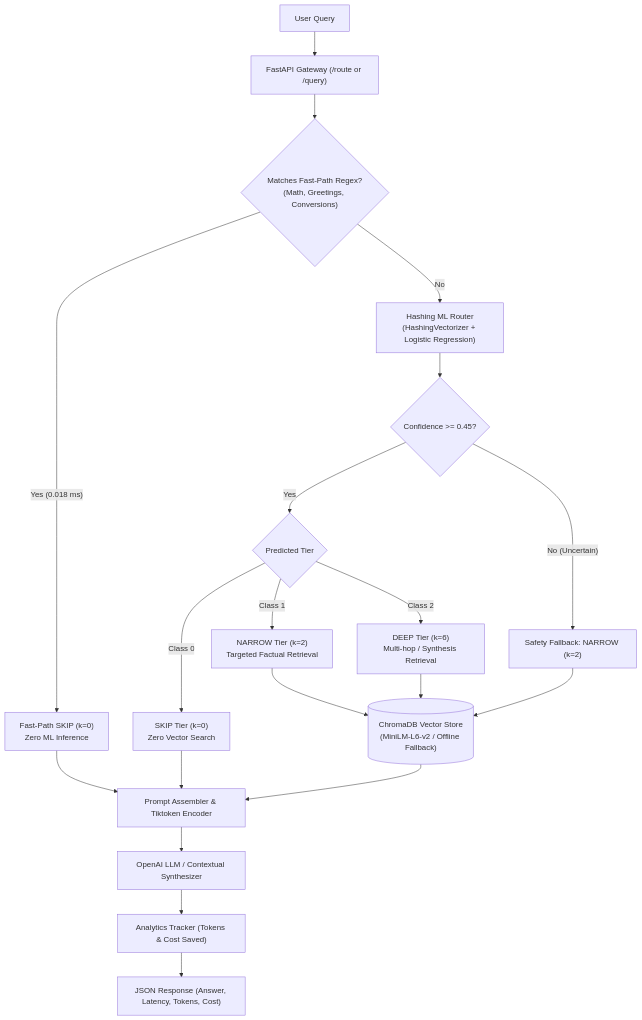
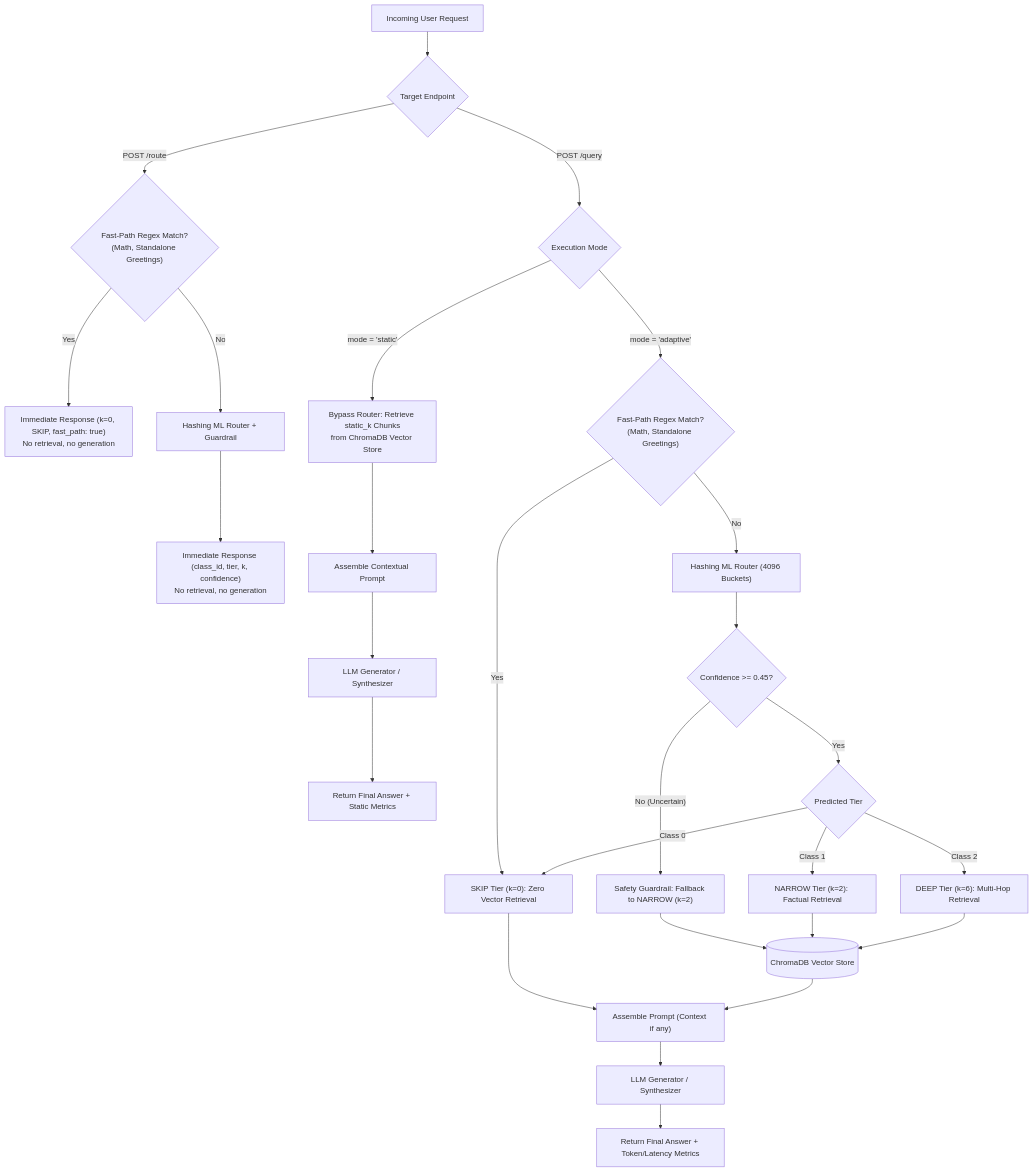
Before and after one commit to Sravan2804/Adaptive-RAG-Optimizer: the diagram in README.md, drawn with Mermaid. The commit also changed other lines of this file and 10 other files, not shown here.

Commit message:
fix: address code review findings across dashboard, analytics, router, and documentation

````diff
--- a/README.md
+++ b/README.md
@@ -67,29 +67,41 @@
 ```mermaid
 flowchart TD
-    UserQuery["User Query"] --> GatewayAPI["FastAPI Gateway (/route or /query)"]
+    UserQuery["Incoming User Request"] --> Endpoint{"Target Endpoint"}
     
-    GatewayAPI --> FastPathCheck{"Matches Fast-Path Regex?<br/>(Math, Greetings, Conversions)"}
-    FastPathCheck -- "Yes (0.018 ms)" --> FastPathReturn["Fast-Path SKIP (k=0)<br/>Zero ML Inference"]
+    %% /route Flow
+    Endpoint -- "POST /route" --> RouteFastPath{"Fast-Path Regex Match?<br/>(Math, Standalone Greetings)"}
+    RouteFastPath -- "Yes" --> RouteFastResp["Immediate Response (k=0, SKIP, fast_path: true)<br/>No retrieval, no generation"]
+    RouteFastPath -- "No" --> RouteML["Hashing ML Router + Guardrail"]
+    RouteML --> RouteMLResp["Immediate Response (class_id, tier, k, confidence)<br/>No retrieval, no generation"]
     
-    FastPathCheck -- "No" --> HashingRouter["Hashing ML Router<br/>(HashingVectorizer + Logistic Regression)"]
-    HashingRouter --> ConfCheck{"Confidence >= 0.45?"}
+    %% /query Flow
+    Endpoint -- "POST /query" --> ModeCheck{"Execution Mode"}
     
-    ConfCheck -- "Yes" --> BranchClass{"Predicted Tier"}
-    ConfCheck -- "No (Uncertain)" --> GuardrailFallback["Safety Fallback: NARROW (k=2)"]
+    %% Static Mode
+    ModeCheck -- "mode = 'static'" --> StaticRetrieval["Bypass Router: Retrieve static_k Chunks<br/>from ChromaDB Vector Store"]
+    StaticRetrieval --> StaticPrompt["Assemble Contextual Prompt"]
+    StaticPrompt --> StaticGen["LLM Generator / Synthesizer"]
+    StaticGen --> StaticResp["Return Final Answer + Static Metrics"]
     
-    BranchClass -- "Class 0" --> SkipTier["SKIP Tier (k=0)<br/>Zero Vector Search"]
-    BranchClass -- "Class 1" --> NarrowTier["NARROW Tier (k=2)<br/>Targeted Factual Retrieval"]
-    BranchClass -- "Class 2" --> DeepTier["DEEP Tier (k=6)<br/>Multi-hop / Synthesis Retrieval"]
+    %% Adaptive Mode
+    ModeCheck -- "mode = 'adaptive'" --> AdaptFastPath{"Fast-Path Regex Match?<br/>(Math, Standalone Greetings)"}
+    AdaptFastPath -- "Yes" --> AdaptSkip["SKIP Tier (k=0): Zero Vector Retrieval"]
     
-    GuardrailFallback --> ChromaDB[("ChromaDB Vector Store<br/>(MiniLM-L6-v2 / Offline Fallback)")]
-    NarrowTier --> ChromaDB
-    DeepTier --> ChromaDB
+    AdaptFastPath -- "No" --> AdaptML["Hashing ML Router (4096 Buckets)"]
+    AdaptML --> AdaptConf{"Confidence >= 0.45?"}
+    AdaptConf -- "No (Uncertain)" --> AdaptFallback["Safety Guardrail: Fallback to NARROW (k=2)"]
+    AdaptConf -- "Yes" --> AdaptTier{"Predicted Tier"}
     
-    FastPathReturn --> PromptAssembler["Prompt Assembler & Tiktoken Encoder"]
-    SkipTier --> PromptAssembler
-    ChromaDB --> PromptAssembler
+    AdaptTier -- "Class 0" --> AdaptSkip
+    AdaptTier -- "Class 1" --> AdaptNarrow["NARROW Tier (k=2): Factual Retrieval"]
+    AdaptTier -- "Class 2" --> AdaptDeep["DEEP Tier (k=6): Multi-Hop Retrieval"]
     
-    PromptAssembler --> LLMGenerator["OpenAI LLM / Contextual Synthesizer"]
-    LLMGenerator --> AnalyticsTracker["Analytics Tracker (Tokens & Cost Saved)"]
-    AnalyticsTracker --> ClientResponse["JSON Response (Answer, Latency, Tokens, Cost)"]
+    AdaptFallback --> AdaptChroma[("ChromaDB Vector Store")]
+    AdaptNarrow --> AdaptChroma
+    AdaptDeep --> AdaptChroma
+    
+    AdaptSkip --> AdaptPrompt["Assemble Prompt (Context if any)"]
+    AdaptChroma --> AdaptPrompt
+    AdaptPrompt --> AdaptGen["LLM Generator / Synthesizer"]
+    AdaptGen --> AdaptResp["Return Final Answer + Token/Latency Metrics"]
 ```
````
